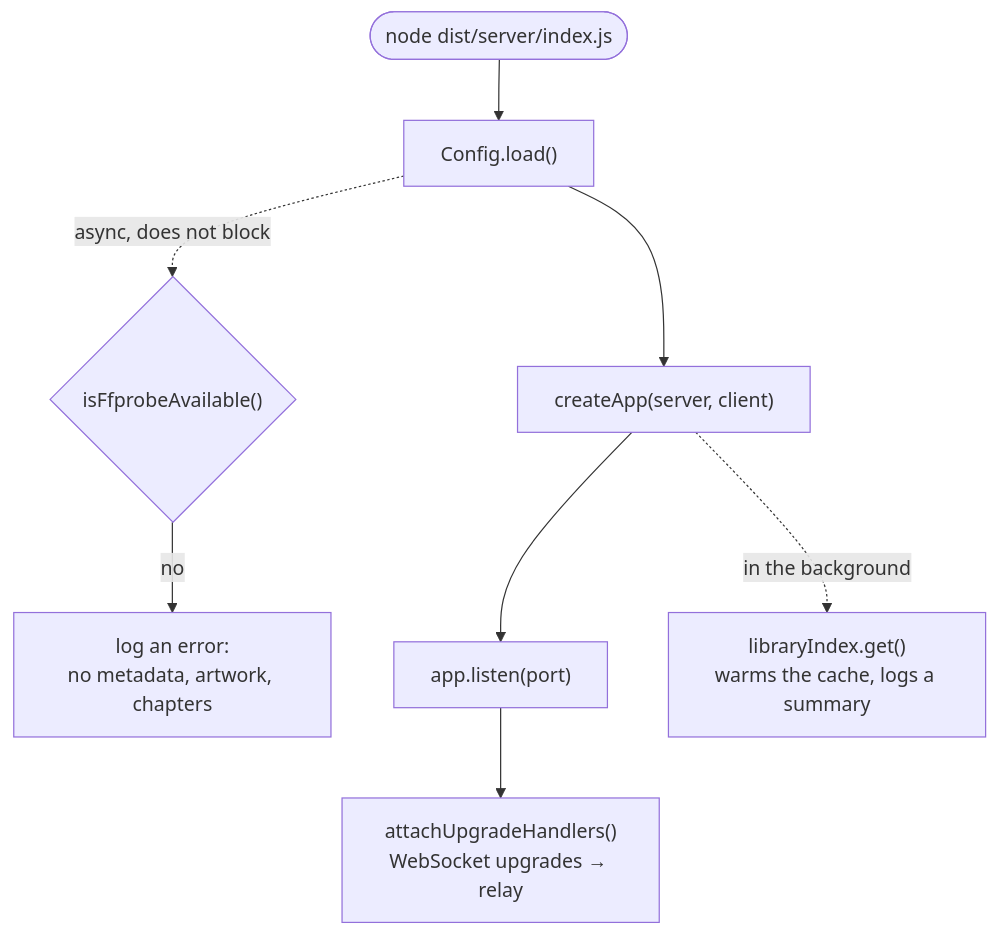
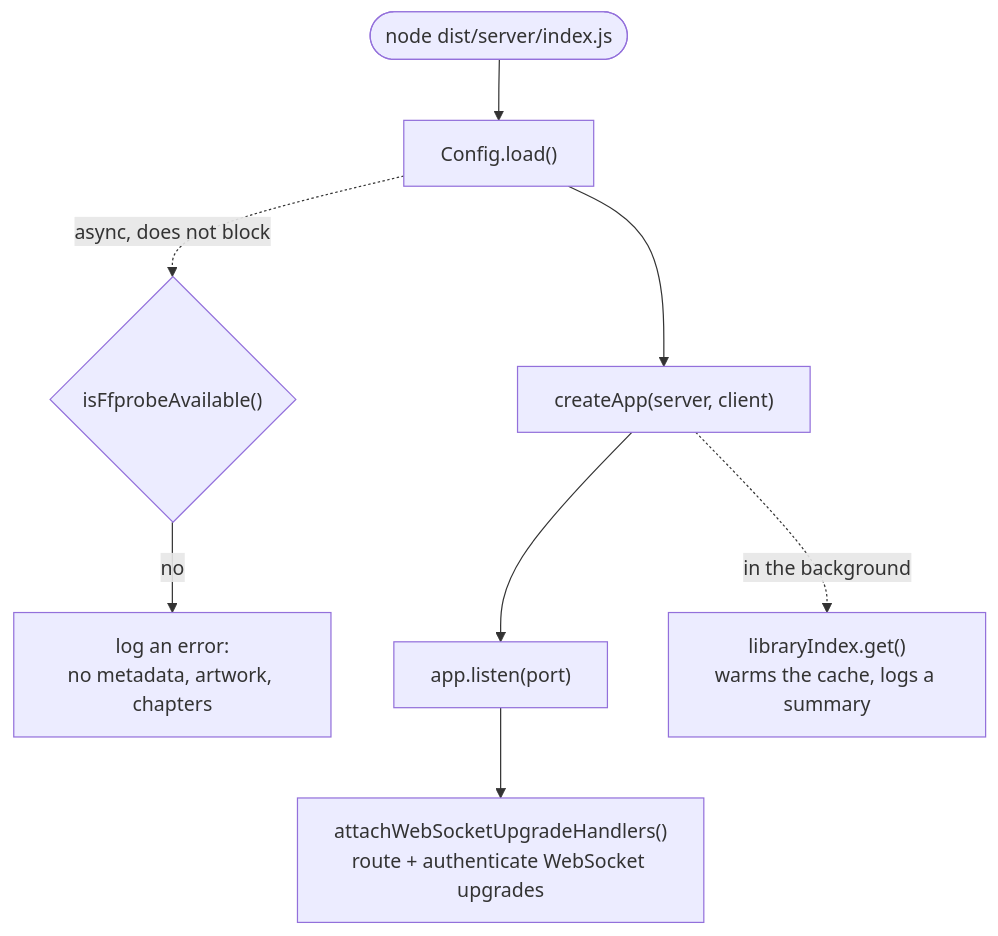
Before and after one commit to lumbar-spine-support/docker-haptic-player: the first of 7 diagrams in docs/developer/server.md, drawn with Mermaid. The commit also changed other lines of this file and 8 other files, not shown here.

Commit message:
refactor: delegate authentication checking to App to remove token store dependency from DglabRelay. That way we can handle authentication for websocket upgrade requests at a central location and make websocket handlers simpler.

````diff
--- a/docs/developer/server.md
+++ b/docs/developer/server.md
@@ -14,10 +14,10 @@
 ```mermaid
 flowchart TD
   Start(["node dist/server/index.js"]) --> Load["Config.load()"]
   Load --> Create["createApp(server, client)"]
   Load -. "async, does not block" .-> Probe{"isFfprobeAvailable()"}
   Probe -- no --> Warn["log an error:<br/>no metadata, artwork, chapters"]
   Create --> Listen["app.listen(port)"]
-  Listen --> Upgrade["attachUpgradeHandlers()<br/>WebSocket upgrades → relay"]
+  Listen --> Upgrade["attachWebSocketUpgradeHandlers()<br/>route + authenticate WebSocket upgrades"]
   Create -. "in the background" .-> Warm["libraryIndex.get()<br/>warms the cache, logs a summary"]
 ```
````
